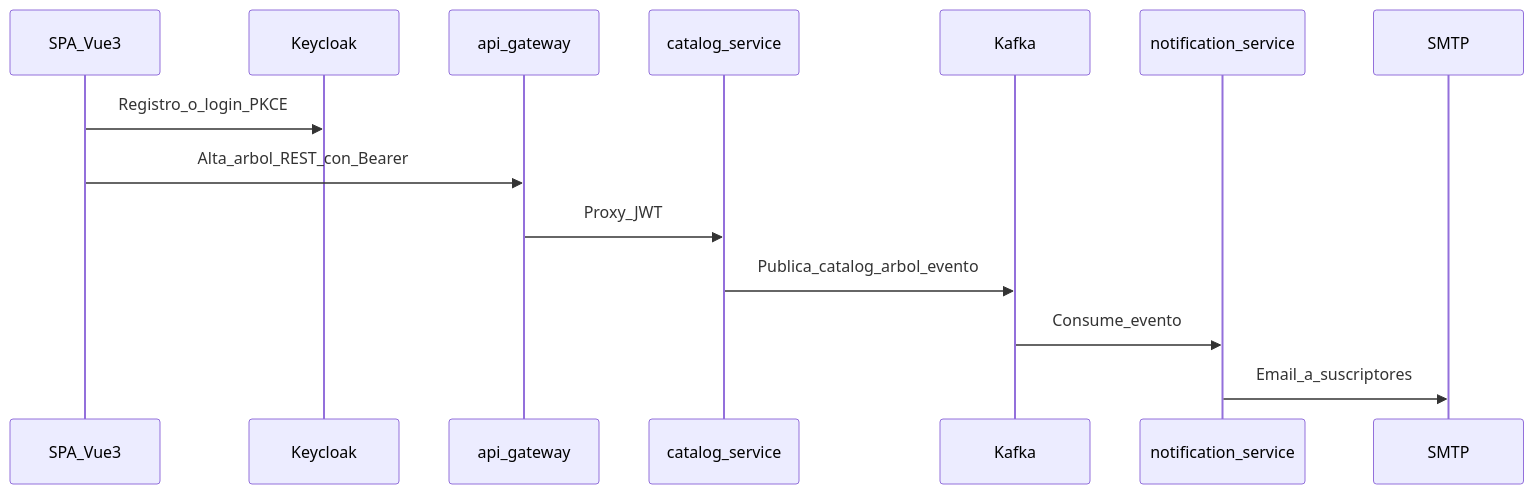
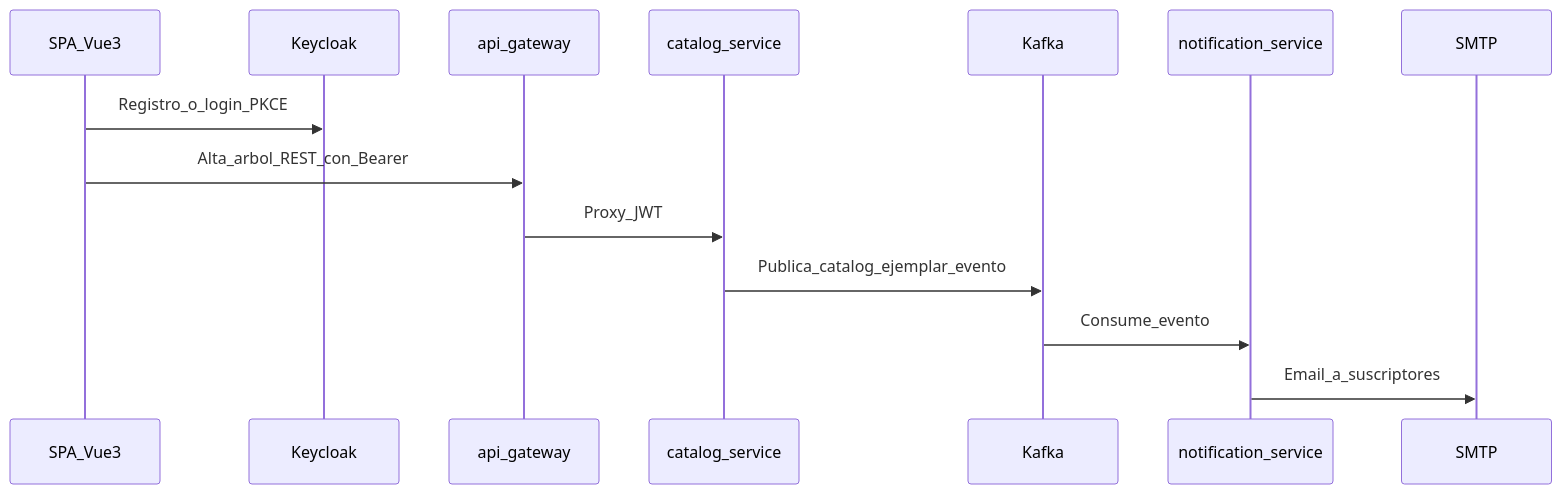
The eighth of 19 diagrams in readme.md (LIDR-academy/AI4Devs-finalproject), drawn with Mermaid before and after one commit. The commit also changed other lines of this file and 345 other files, not shown here.

````diff
--- a/readme.md
+++ b/readme.md
@@ -619,16 +619,16 @@
 ```mermaid
 sequenceDiagram
   participant SPA as SPA_Vue3
   participant KC as Keycloak
   participant GW as api_gateway
   participant CAT as catalog_service
   participant K as Kafka
   participant N as notification_service
   participant Mail as SMTP
   SPA->>KC: Registro_o_login_PKCE
   SPA->>GW: Alta_arbol_REST_con_Bearer
   GW->>CAT: Proxy_JWT
-  CAT->>K: Publica_catalog_arbol_evento
+  CAT->>K: Publica_catalog_ejemplar_evento
   K->>N: Consume_evento
   N->>Mail: Email_a_suscriptores
 ```
````
